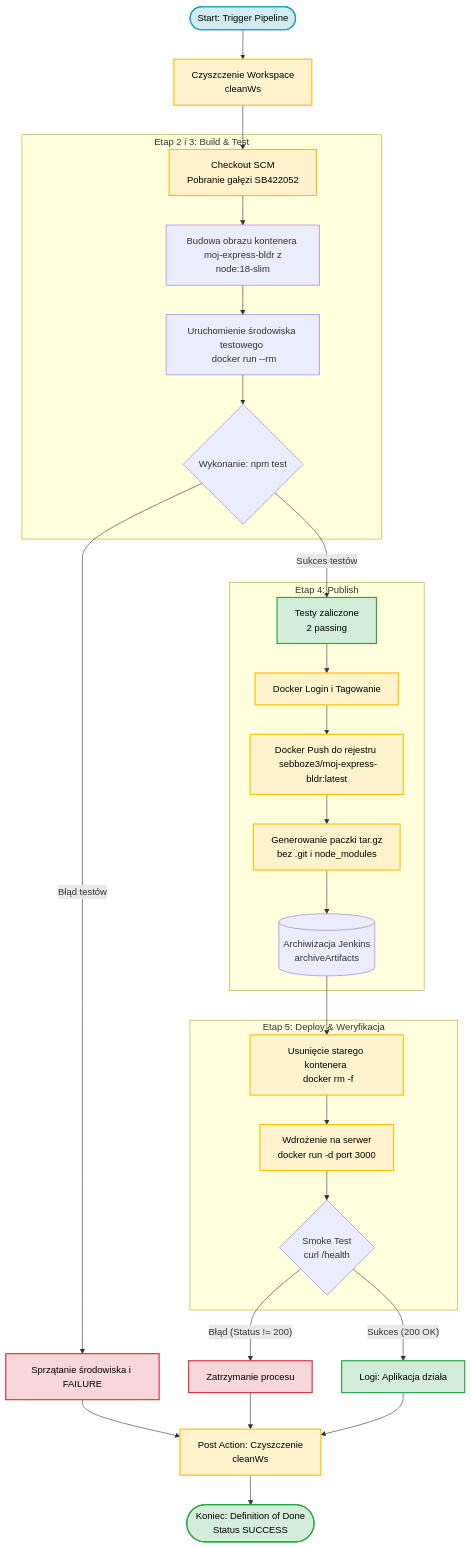
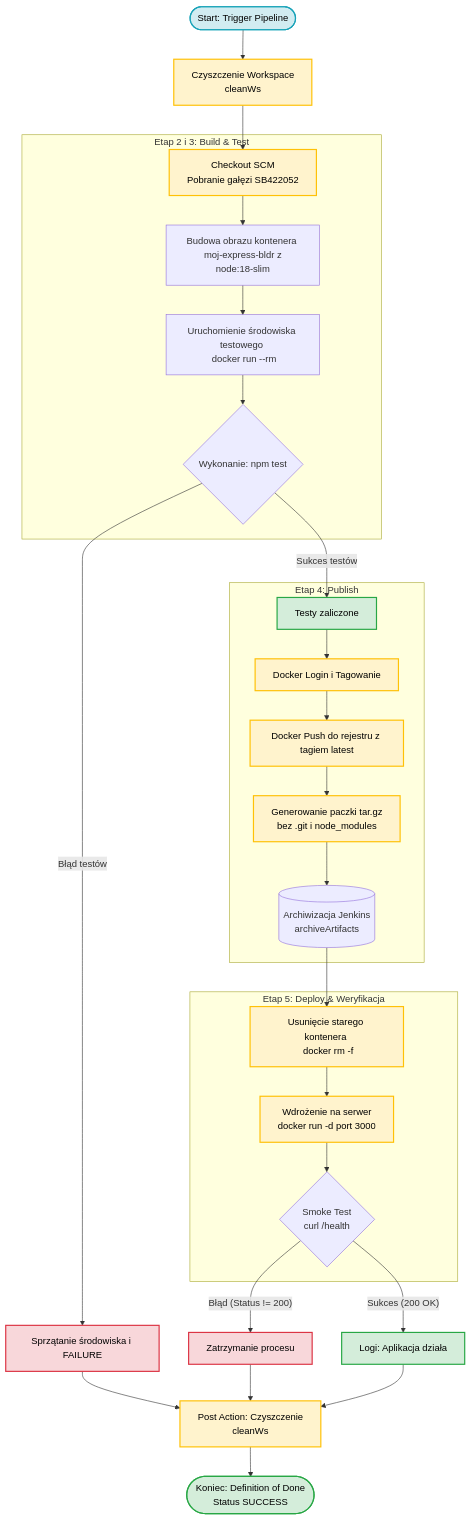
The diagram in ITE/GCL1/SB422052/Sprawozdanie1/README.md (InzynieriaOprogramowaniaAGH/MDO2026s_ITE), drawn with Mermaid before and after one commit. The commit also changed other lines of this file and 1 other file, not shown here.

````diff
--- a/ITE/GCL1/SB422052/Sprawozdanie1/README.md
+++ b/ITE/GCL1/SB422052/Sprawozdanie1/README.md
@@ -140,41 +140,41 @@
 ```mermaid
 graph TD
     classDef success fill:#d4edda,stroke:#28a745,stroke-width:2px,color:#000;
     classDef fail fill:#f8d7da,stroke:#dc3545,stroke-width:2px,color:#000;
     classDef info fill:#d1ecf1,stroke:#17a2b8,stroke-width:2px,color:#000;
     classDef action fill:#fff3cd,stroke:#ffc107,stroke-width:2px,color:#000;
 
     A([Start: Trigger Pipeline]):::info --> B[Czyszczenie Workspace <br> cleanWs]:::action
     B --> C[Checkout SCM <br> Pobranie gałęzi SB422052]:::action
 
     subgraph Krok_1 [Etap 2 i 3: Build & Test]
         C --> D[Budowa obrazu kontenera <br> moj-express-bldr z node:18-slim]
         D --> E[Uruchomienie środowiska testowego <br> docker run --rm]
         E --> F{Wykonanie: npm test }
     end
 
     F -- Błąd testów --> ERR1[Sprzątanie środowiska i FAILURE]:::fail
-    F -- Sukces testów --> G[Testy zaliczone <br> 2 passing]:::success
+    F -- Sukces testów --> G[Testy zaliczone ]:::success
 
     subgraph Krok_2 [Etap 4: Publish]
         G --> H1[Docker Login i Tagowanie]:::action
-        H1 --> H2[Docker Push do rejestru <br> sebboze3/moj-express-bldr:latest]:::action
+        H1 --> H2[Docker Push do rejestru z tagiem latest]:::action
         H2 --> I1[Generowanie paczki tar.gz <br> bez .git i node_modules]:::action
         I1 --> I2[(Archiwizacja Jenkins <br> archiveArtifacts)]
     end
 
     subgraph Krok_3 [Etap 5: Deploy & Weryfikacja]
         I2 --> J[Usunięcie starego kontenera <br> docker rm -f]:::action
         J --> K[Wdrożenie na serwer <br> docker run -d port 3000]:::action
         K --> L{Smoke Test <br> curl /health}
     end
 
     L -- Błąd (Status != 200) --> ERR2[Zatrzymanie procesu]:::fail
     L -- Sukces (200 OK) --> M[Logi: Aplikacja działa]:::success
     
     M --> N[Post Action: Czyszczenie <br> cleanWs]:::action
     ERR1 --> N
     ERR2 --> N
     
     N --> O([Koniec: Definition of Done <br> Status SUCCESS]):::success
 ```
````
